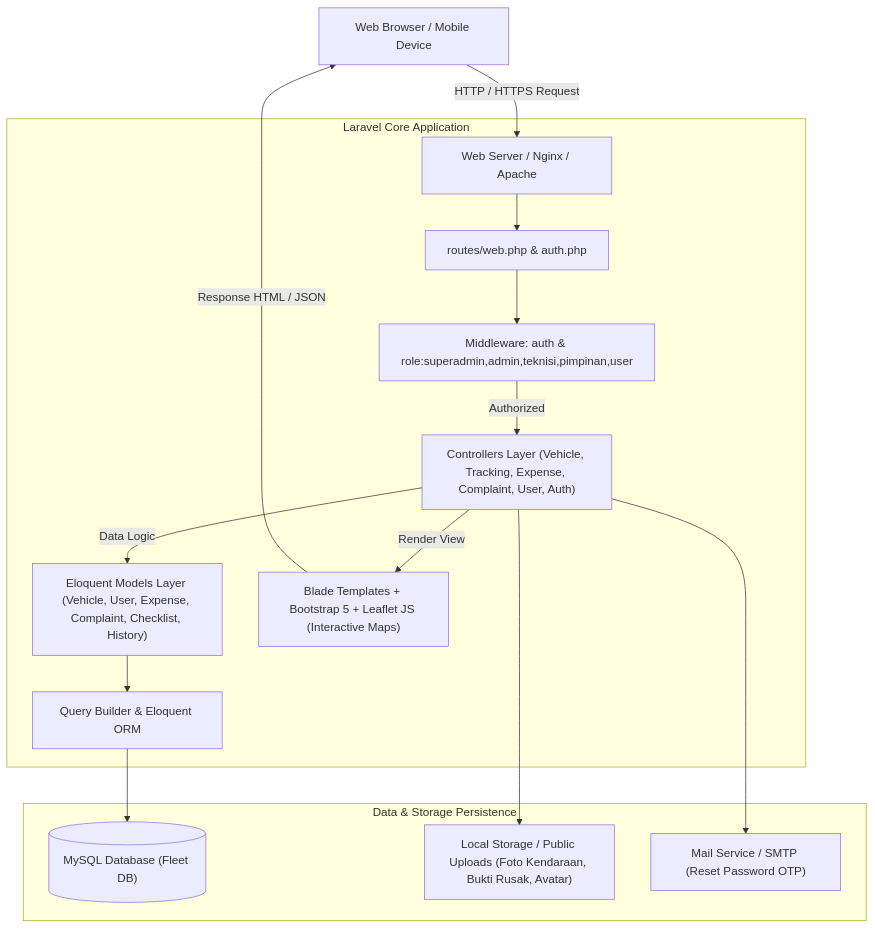
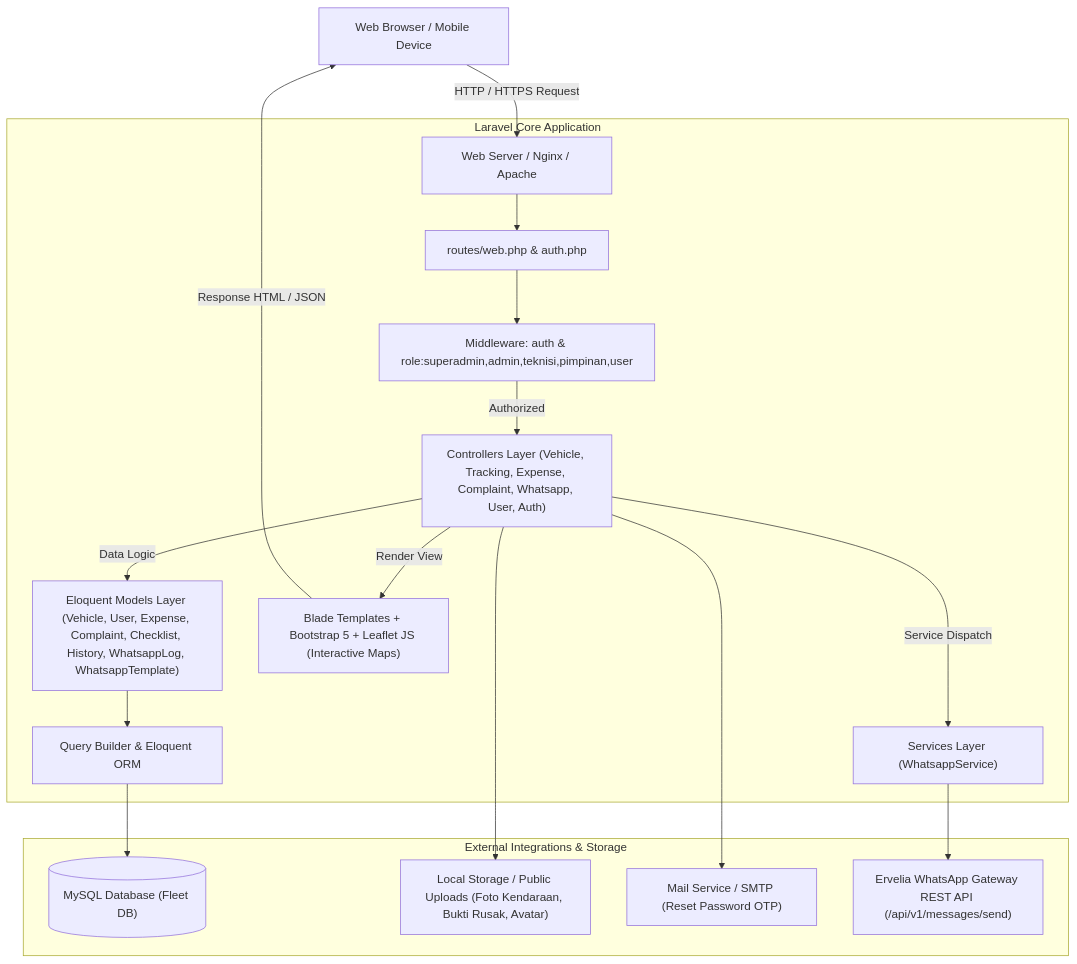
Before and after one commit to stinrhmwti/belajar_laravel: the fifth of 5 diagrams in doc/belajar_sistem_armada.md, drawn with Mermaid. The commit also changed other lines of this file and 26 other files, not shown here.

Commit message:
feat: integrasi notifikasi otomatis WhatsApp Gateway API, dashboard pesan, dan pembaruan materi dokumentasi di folder doc

````diff
--- a/doc/belajar_sistem_armada.md
+++ b/doc/belajar_sistem_armada.md
@@ -559,24 +656,26 @@
 ```mermaid
 graph TD
     ClientBrowser["Web Browser / Mobile Device"] -->|HTTP / HTTPS Request| WebServer["Web Server / Nginx / Apache"]
     
     subgraph Laravel Core Application
         WebServer --> Routing["routes/web.php & auth.php"]
         Routing --> RoleMiddleware["Middleware: auth & role:superadmin,admin,teknisi,pimpinan,user"]
         
-        RoleMiddleware -->|Authorized| Controllers["Controllers Layer (Vehicle, Tracking, Expense, Complaint, User, Auth)"]
+        RoleMiddleware -->|Authorized| Controllers["Controllers Layer (Vehicle, Tracking, Expense, Complaint, Whatsapp, User, Auth)"]
         
-        Controllers -->|Data Logic| Models["Eloquent Models Layer (Vehicle, User, Expense, Complaint, Checklist, History)"]
+        Controllers -->|Service Dispatch| Services["Services Layer (WhatsappService)"]
+        Controllers -->|Data Logic| Models["Eloquent Models Layer (Vehicle, User, Expense, Complaint, Checklist, History, WhatsappLog, WhatsappTemplate)"]
         Controllers -->|Render View| Views["Blade Templates + Bootstrap 5 + Leaflet JS (Interactive Maps)"]
         
         Models --> QueryBuilder["Query Builder & Eloquent ORM"]
     end
 
-    subgraph Data & Storage Persistence
+    subgraph External Integrations & Storage
         QueryBuilder --> MySQL[("MySQL Database (Fleet DB)")]
         Controllers --> StorageDisk["Local Storage / Public Uploads (Foto Kendaraan, Bukti Rusak, Avatar)"]
         Controllers --> MailService["Mail Service / SMTP (Reset Password OTP)"]
+        Services --> ErveliaAPI["Ervelia WhatsApp Gateway REST API (/api/v1/messages/send)"]
     end
 
     Views -->|Response HTML / JSON| ClientBrowser
 ```
````
